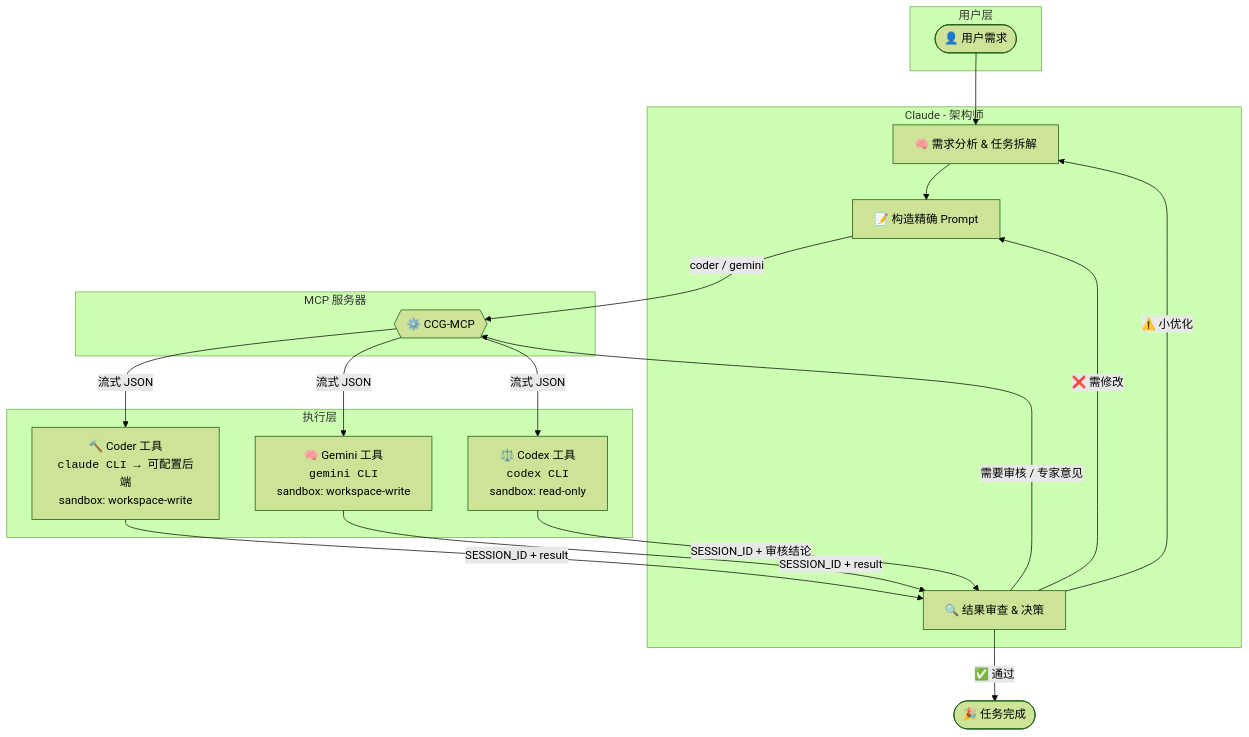
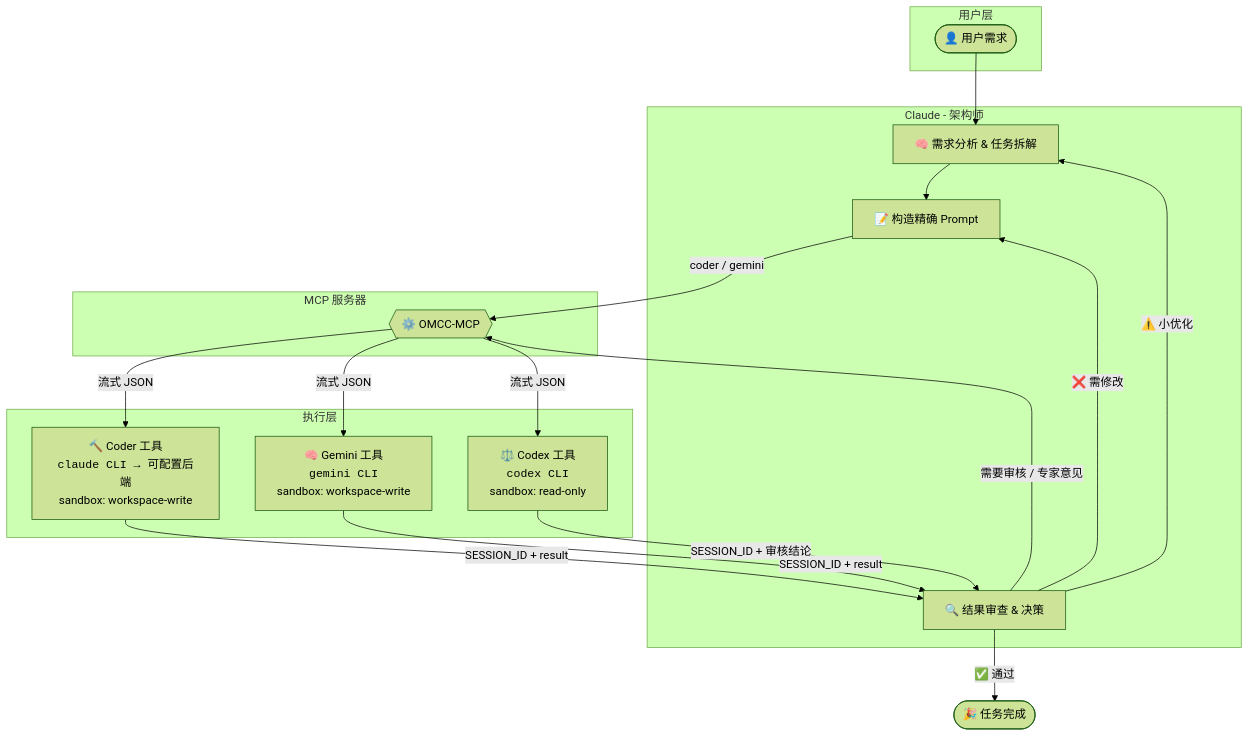
The diagram in README.md (Lynricsy/Oh-My-ClaudeCode), drawn with Mermaid (forest theme) before and after one commit. The commit also changed other lines of this file and 28 other files, not shown here.

First line of the commit message:
🔄 refactor: 全面重命名 CCG → OMCC

````diff
--- a/README.md
+++ b/README.md
@@ -76,41 +76,41 @@
 ```mermaid
 flowchart TB
     subgraph UserLayer ["用户层"]
         User(["👤 用户需求"])
     end
 
     subgraph ClaudeLayer ["Claude - 架构师"]
         Claude["🧠 需求分析 & 任务拆解"]
         Prompt["📝 构造精确 Prompt"]
         Review["🔍 结果审查 & 决策"]
     end
 
     subgraph MCPLayer ["MCP 服务器"]
-        MCP{{"⚙️ CCG-MCP"}}
+        MCP{{"⚙️ OMCC-MCP"}}
     end
 
     subgraph ToolLayer ["执行层"]
         Coder["🔨 Coder 工具<br><code>claude CLI → 可配置后端</code><br>sandbox: workspace-write"]
         Codex["⚖️ Codex 工具<br><code>codex CLI</code><br>sandbox: read-only"]
         Gemini["🧠 Gemini 工具<br><code>gemini CLI</code><br>sandbox: workspace-write"]
     end
 
     User --> Claude
     Claude --> Prompt
     Prompt -->|"coder / gemini"| MCP
     
     MCP -->|"流式 JSON"| Coder
     MCP -->|"流式 JSON"| Gemini
     
     Coder -->|"SESSION_ID + result"| Review
     Gemini -->|"SESSION_ID + result"| Review
 
     Review -->|"需要审核 / 专家意见"| MCP
     MCP -->|"流式 JSON"| Codex
     
     Codex -->|"SESSION_ID + 审核结论"| Review
 
     Review -->|"✅ 通过"| Done(["🎉 任务完成"])
     Review -->|"❌ 需修改"| Prompt
     Review -->|"⚠️ 小优化"| Claude
 ```
````
